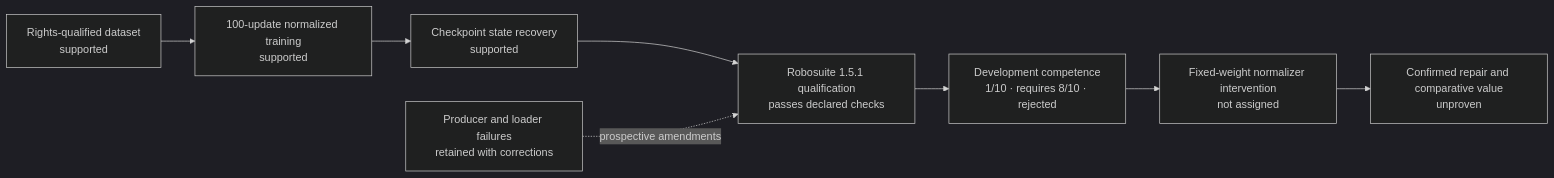
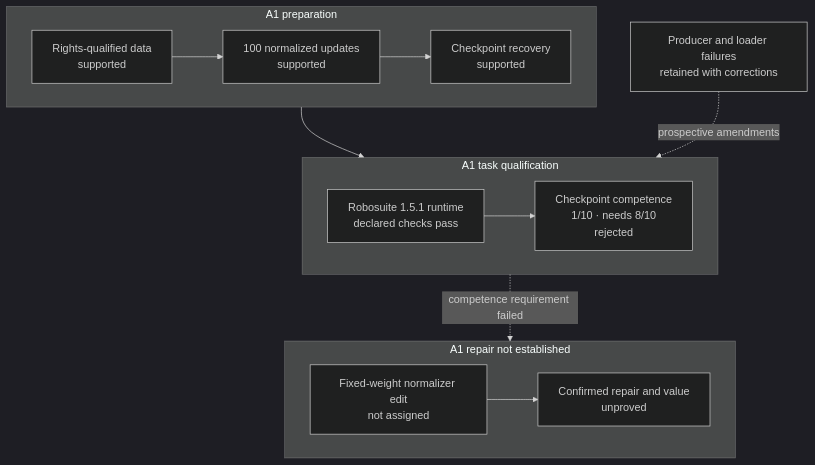
The second of 3 diagrams in README.md (manfromnowhere143/nisayon), drawn with Mermaid (dark theme) before and after one commit. The commit also changed other lines of this file and 962 other files, not shown here.

````diff
--- a/README.md
+++ b/README.md
@@ -113,12 +265,21 @@
 ```mermaid
-flowchart LR
+flowchart TB
     accTitle: A1 normalized-policy evidence ladder
     accDescr: Dataset custody, normalized training and checkpoint recovery are supported. The runtime passes its declared qualification checks, but the A1 checkpoint succeeds in only one of ten development episodes against the required eight. That normalized checkpoint remains rejected; the separate B2 legacy-policy repair does not change this result.
-    D["Rights-qualified dataset<br/>supported"] --> T["100-update normalized training<br/>supported"]
-    T --> C["Checkpoint state recovery<br/>supported"]
-    C --> R["Robosuite 1.5.1 qualification<br/>passes declared checks"]
-    R --> K["Development competence<br/>1/10 · requires 8/10 · rejected"]
-    K --> I["Fixed-weight normalizer intervention<br/>not assigned"]
-    I --> V["Confirmed repair and comparative value<br/>unproven"]
-    F["Producer and loader failures<br/>retained with corrections"] -. "prospective amendments" .-> R
+    subgraph P["A1 preparation"]
+        direction LR
+        D["Rights-qualified data<br/>supported"] --> T["100 normalized updates<br/>supported"]
+        T --> C["Checkpoint recovery<br/>supported"]
+    end
+    subgraph Q["A1 task qualification"]
+        direction LR
+        R["Robosuite 1.5.1 runtime<br/>declared checks pass"] --> K["Checkpoint competence<br/>1/10 · needs 8/10<br/>rejected"]
+    end
+    subgraph N["A1 repair not established"]
+        direction LR
+        I["Fixed-weight normalizer edit<br/>not assigned"] --> V["Confirmed repair and value<br/>unproved"]
+    end
+    P --> Q
+    Q -. "competence requirement failed" .-> N
+    F["Producer and loader failures<br/>retained with corrections"] -. "prospective amendments" .-> Q
 ```
````
